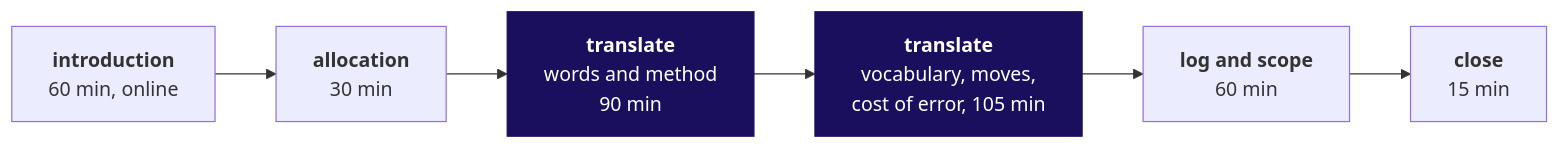
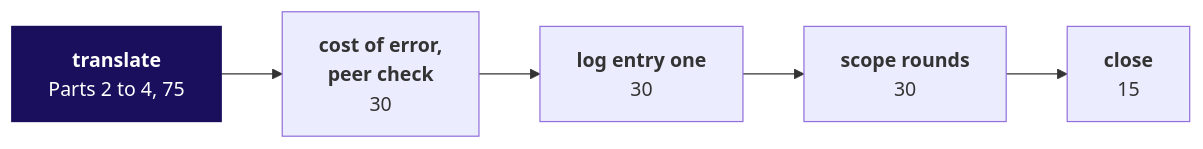
The second of 2 diagrams in content/W03/D1/trainer/C2_W03_D01_day_sheet_TRAINER.md (fde-academy-lab/c2-content-factory), drawn with Mermaid before and after one commit. The commit also changed other lines of this file and 1 other file, not shown here.

First line of the commit message:
W03 D1: the trainer day sheet to standard v3 in the US setting, and the witness check widened

````diff
--- a/content/W03/D1/trainer/C2_W03_D01_day_sheet_TRAINER.md
+++ b/content/W03/D1/trainer/C2_W03_D01_day_sheet_TRAINER.md
@@ -33,10 +210,6 @@
 ```mermaid
 flowchart LR
-    A["<b>introduction</b><br/>60 min, online"] --> B["<b>allocation</b><br/>30 min"]
-    B --> C["<b>translate</b><br/>words and method<br/>90 min"]
-    C --> D["<b>translate</b><br/>vocabulary, moves,<br/>cost of error, 105 min"]
-    D --> E["<b>log and scope</b><br/>60 min"]
-    E --> F["<b>close</b><br/>15 min"]
-    classDef bet fill:#1A0F5C,stroke:#1A0F5C,color:#FFFFFF
-    class C,D bet
+    T["<b>translate</b><br/>Parts 2 to 4, 75"] --> C["<b>cost of error,<br/>peer check</b><br/>30"] --> L["<b>log entry one</b><br/>30"] --> R["<b>scope rounds</b><br/>30"] --> Z["<b>close</b><br/>15"]
+    classDef core fill:#1A0F5C,stroke:#1A0F5C,color:#FFFFFF
+    class T core
 ```
````
